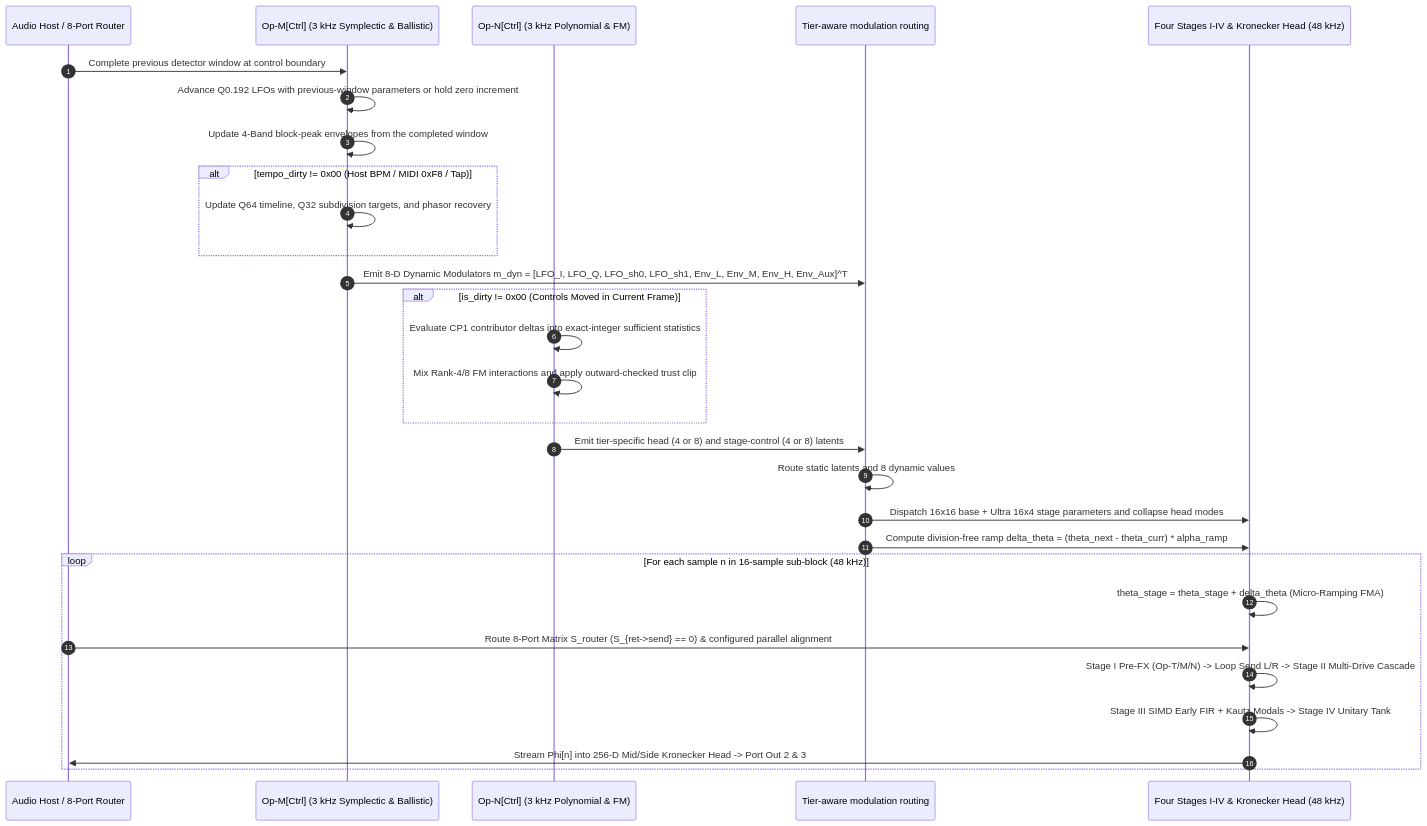
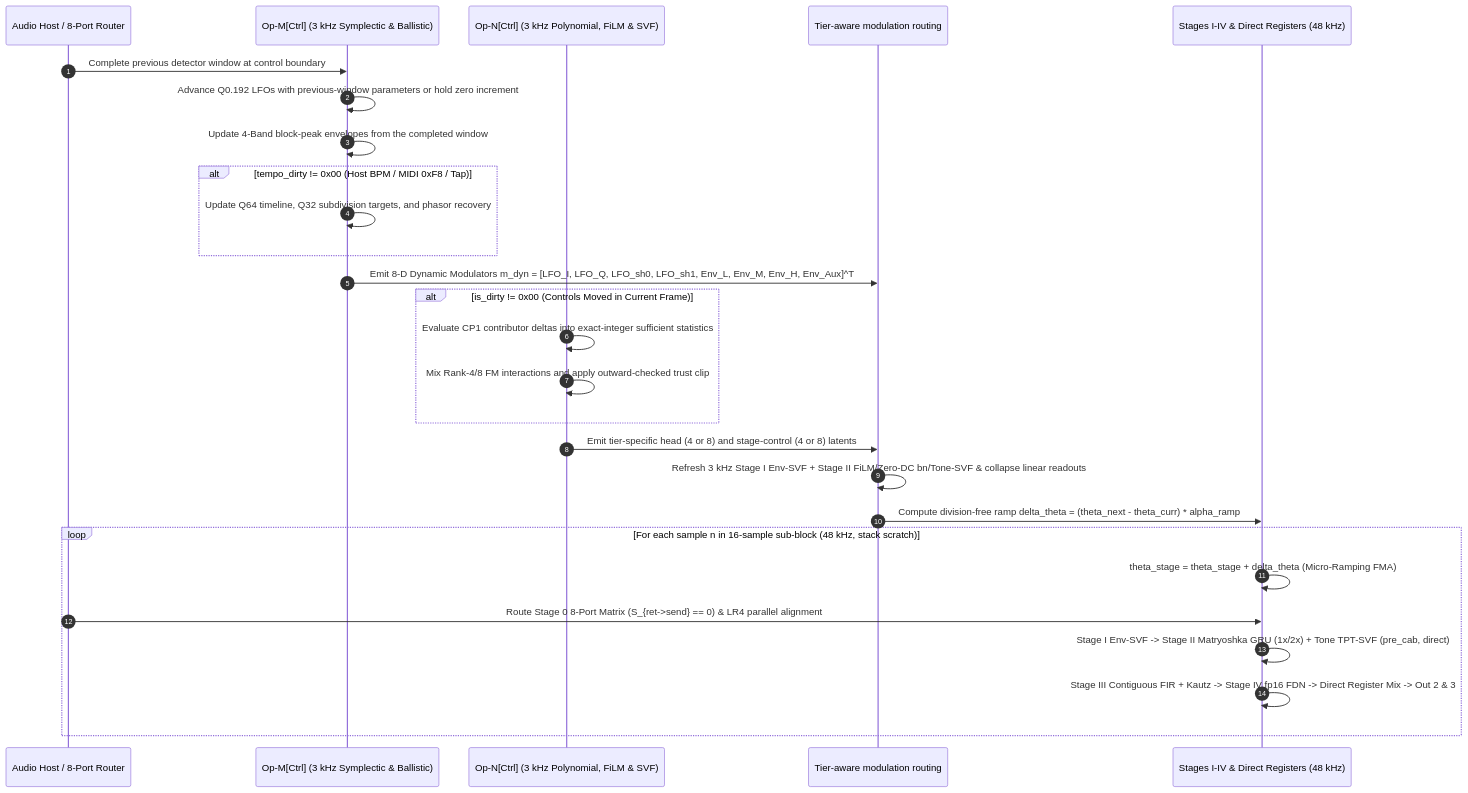
One commit to mokugen/dnam changed the second of 7 diagrams in docs/specs/architecture/tora_architecture.md. Above: the diagram before and after it, drawn with Mermaid. The commit also changed other lines of this file and 457 other files, not shown here.

First line of the commit message:
feat(engine,capture,ui,docs): checkpoint TORA v3 Matryoshka architecture, REQ-1.9 specs, and zero-barrel UI/SDK

````diff
--- a/docs/specs/architecture/tora_architecture.md
+++ b/docs/specs/architecture/tora_architecture.md
@@ -120,35 +110,33 @@
 ```mermaid
 sequenceDiagram
     autonumber
     participant Host as Audio Host / 8-Port Router
     participant CtrlM as Op-M[Ctrl] (3 kHz Symplectic & Ballistic)
-    participant CtrlN as Op-N[Ctrl] (3 kHz Polynomial & FM)
+    participant CtrlN as Op-N[Ctrl] (3 kHz Polynomial, FiLM & SVF)
     participant Bus as Tier-aware modulation routing
-    participant Audio as Four Stages I-IV & Kronecker Head (48 kHz)
+    participant Audio as Stages I-IV & Direct Registers (48 kHz)
 
     Host->>CtrlM: Complete previous detector window at control boundary
     CtrlM->>CtrlM: Advance Q0.192 LFOs with previous-window parameters or hold zero increment
     CtrlM->>CtrlM: Update 4-Band block-peak envelopes from the completed window
     alt tempo_dirty != 0x00 (Host BPM / MIDI 0xF8 / Tap)
         CtrlM->>CtrlM: Update Q64 timeline, Q32 subdivision targets, and phasor recovery
     end
     CtrlM->>Bus: Emit 8-D Dynamic Modulators m_dyn = [LFO_I, LFO_Q, LFO_sh0, LFO_sh1, Env_L, Env_M, Env_H, Env_Aux]^T
 
     alt is_dirty != 0x00 (Controls Moved in Current Frame)
         CtrlN->>CtrlN: Evaluate CP1 contributor deltas into exact-integer sufficient statistics
         CtrlN->>CtrlN: Mix Rank-4/8 FM interactions and apply outward-checked trust clip
     end
     CtrlN->>Bus: Emit tier-specific head (4 or 8) and stage-control (4 or 8) latents
 
-    Bus->>Bus: Route static latents and 8 dynamic values
-    Bus->>Audio: Dispatch 16x16 base + Ultra 16x4 stage parameters and collapse head modes
+    Bus->>Bus: Refresh 3 kHz Stage I Env-SVF + Stage II FiLM/Zero-DC bn/Tone-SVF & collapse linear readouts
     Bus->>Audio: Compute division-free ramp delta_theta = (theta_next - theta_curr) * alpha_ramp
 
-    loop For each sample n in 16-sample sub-block (48 kHz)
+    loop For each sample n in 16-sample sub-block (48 kHz, stack scratch)
         Audio->>Audio: theta_stage = theta_stage + delta_theta (Micro-Ramping FMA)
-        Host->>Audio: Route 8-Port Matrix S_router (S_{ret->send} == 0) & configured parallel alignment
-        Audio->>Audio: Stage I Pre-FX (Op-T/M/N) -> Loop Send L/R -> Stage II Multi-Drive Cascade
-        Audio->>Audio: Stage III SIMD Early FIR + Kautz Modals -> Stage IV Unitary Tank
-        Audio->>Host: Stream Phi[n] into 256-D Mid/Side Kronecker Head -> Port Out 2 & 3
+        Host->>Audio: Route Stage 0 8-Port Matrix (S_{ret->send} == 0) & LR4 parallel alignment
+        Audio->>Audio: Stage I Env-SVF -> Stage II Matryoshka GRU (1x/2x) + Tone TPT-SVF (pre_cab, direct)
+        Audio->>Audio: Stage III Contiguous FIR + Kautz -> Stage IV fp16 FDN -> Direct Register Mix -> Out 2 & 3
     end
 ```
````
